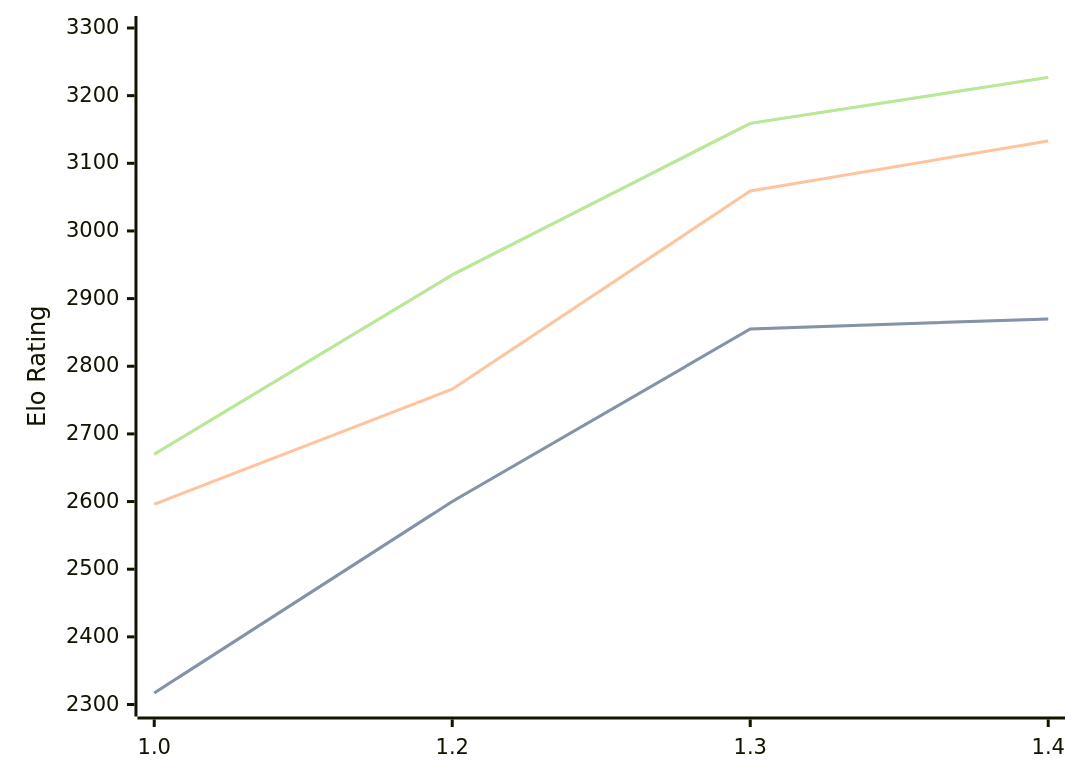
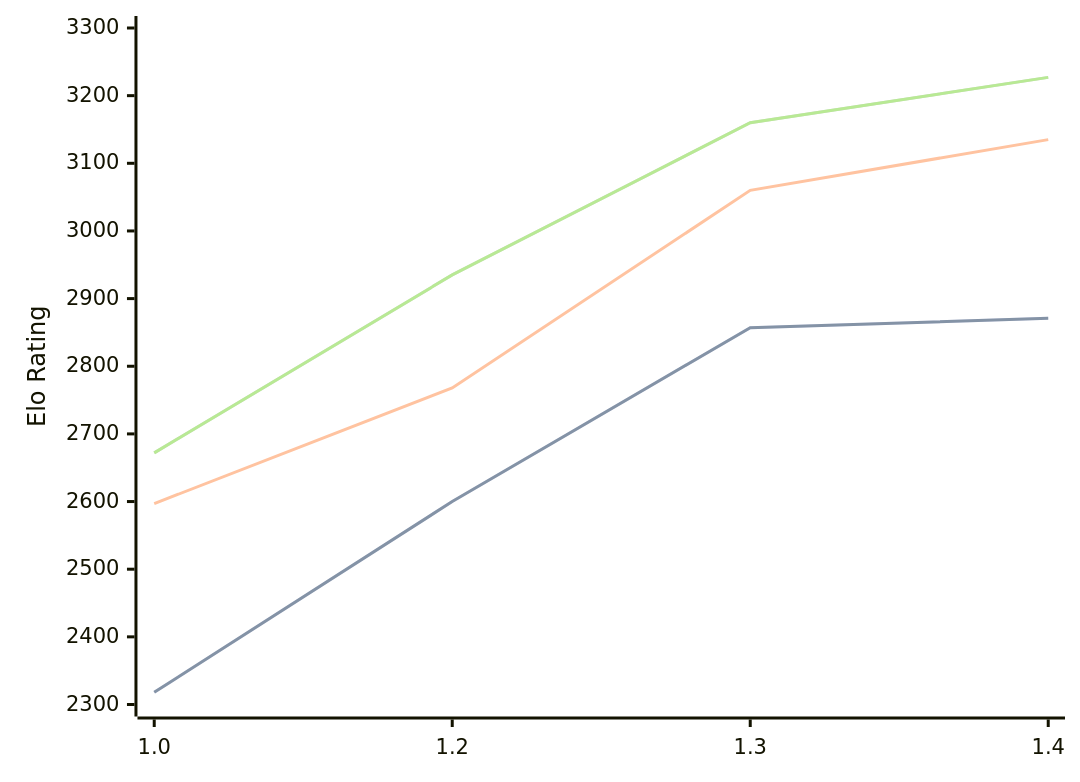
Before and after one commit to computer-chess-index/cci: the diagram in engines/Chessnix.md, drawn with Mermaid. The commit also changed other lines of this file, not shown here.

Commit message:
Update CCI Ratings (ELO VLTC) - 2026-08-21

````diff
--- a/engines/Chessnix.md
+++ b/engines/Chessnix.md
@@ -34,11 +34,11 @@
 ```mermaid
 %%{init: {"theme":"base","themeVariables":{"seriesColors:['#a3a3a3','#222221','#faa371']}}}%%
 xychart-beta
   x-axis ["1.0", "1.2", "1.3", "1.4"]
   y-axis "Elo Rating" 2300 --> 3300
-  line "STC (8.0+0.08s)" [2317, 2600, 2855, 2870]
-  line "STC (8.0+0.08s)" [2317, 2600, 2855, 2870]
-  line "LTC (60.0+0.60s)" [2596, 2766, 3059, 3133]
-  line "VLTC (2m24s+1.12s)" [2670, 2935, 3159, 3227]
-  line "VLTC (2m24s+1.12s)" [2670, 2935, 3159, 3227]
+  line "STC (8.0+0.08s)" [2318, 2600, 2857, 2871]
+  line "STC (8.0+0.08s)" [2318, 2600, 2857, 2871]
+  line "LTC (60.0+0.60s)" [2597, 2768, 3060, 3135]
+  line "VLTC (2m24s+1.12s)" [2672, 2935, 3160, 3227]
+  line "VLTC (2m24s+1.12s)" [2672, 2935, 3160, 3227]
 ```
````
